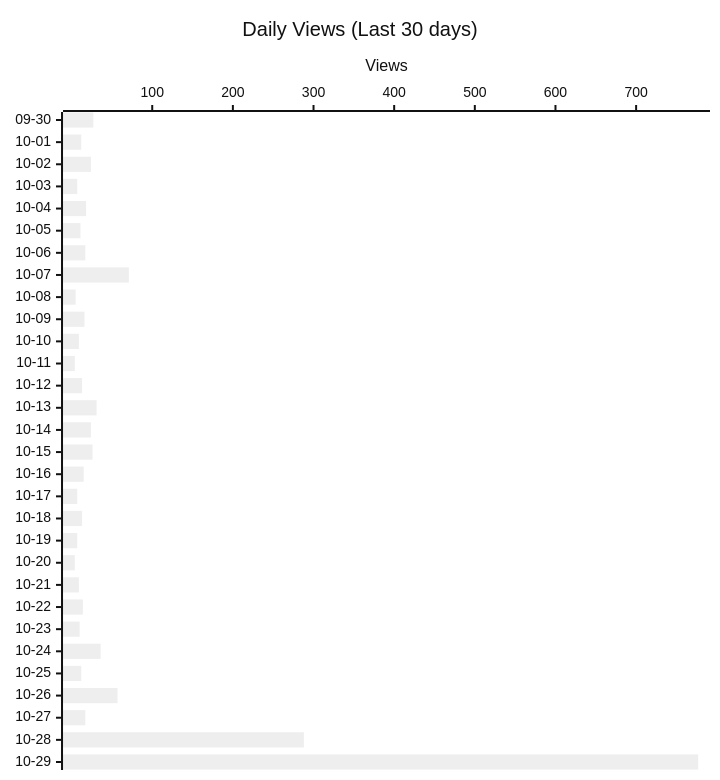
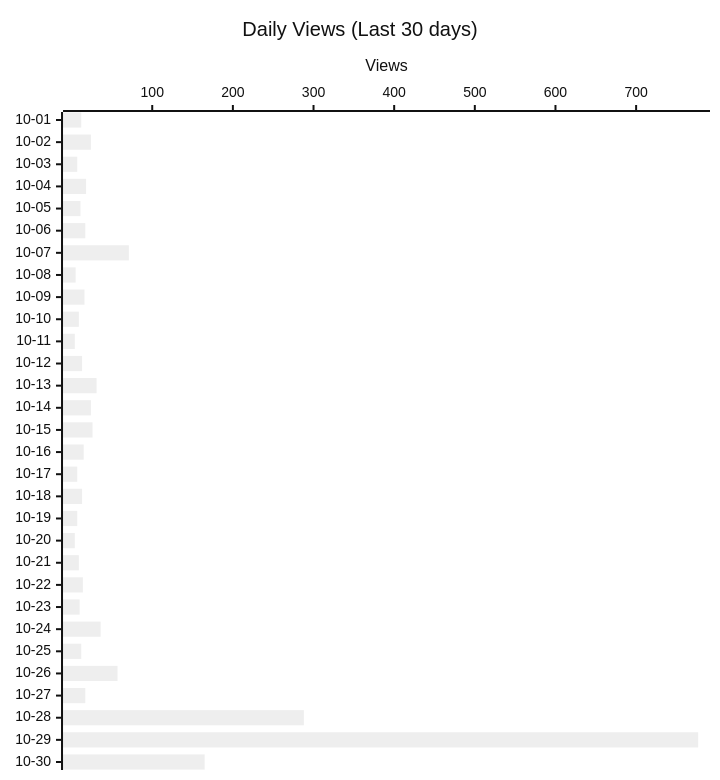
The second of 4 diagrams in README.md (shigechika/github-insights), drawn with Mermaid (neutral theme) before and after one commit. The commit also changed other lines of this file and 1 other file, not shown here.

````diff
--- a/README.md
+++ b/README.md
@@ -28,12 +28,12 @@
 ```mermaid
 ---
 config:
   xyChart:
     height: 760
 ---
 xychart-beta horizontal
     title "Daily Views (Last 30 days)"
-    x-axis ["09-30", "10-01", "10-02", "10-03", "10-04", "10-05", "10-06", "10-07", "10-08", "10-09", "10-10", "10-11", "10-12", "10-13", "10-14", "10-15", "10-16", "10-17", "10-18", "10-19", "10-20", "10-21", "10-22", "10-23", "10-24", "10-25", "10-26", "10-27", "10-28", "10-29"]
+    x-axis ["10-01", "10-02", "10-03", "10-04", "10-05", "10-06", "10-07", "10-08", "10-09", "10-10", "10-11", "10-12", "10-13", "10-14", "10-15", "10-16", "10-17", "10-18", "10-19", "10-20", "10-21", "10-22", "10-23", "10-24", "10-25", "10-26", "10-27", "10-28", "10-29", "10-30"]
     y-axis "Views"
-    bar [27, 12, 24, 7, 18, 11, 17, 71, 5, 16, 9, 4, 13, 31, 24, 26, 15, 7, 13, 7, 4, 9, 14, 10, 36, 12, 57, 17, 288, 777]
+    bar [12, 24, 7, 18, 11, 17, 71, 5, 16, 9, 4, 13, 31, 24, 26, 15, 7, 13, 7, 4, 9, 14, 10, 36, 12, 57, 17, 288, 777, 165]
 ```
````
